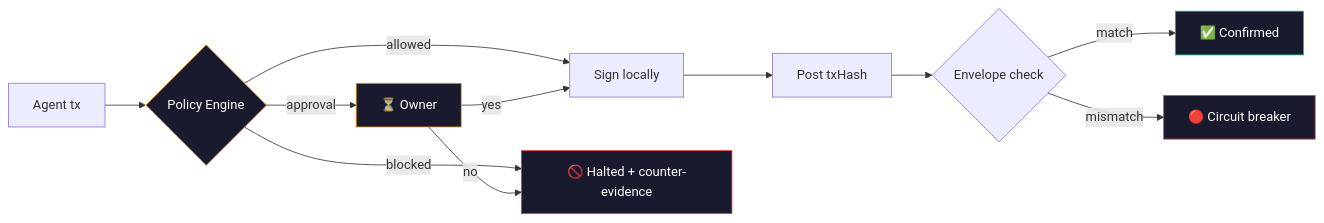
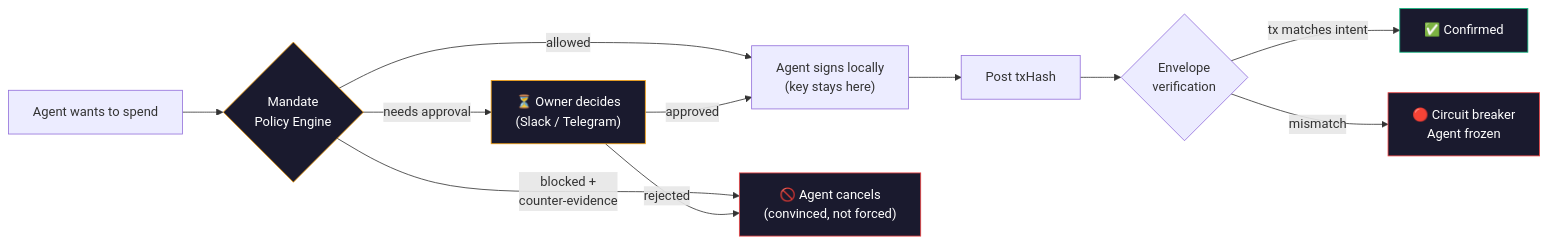
The diagram in README.md (SwiftAdviser/mandate), drawn with Mermaid before and after one commit. The commit also changed other lines of this file, not shown here.

````diff
--- a/README.md
+++ b/README.md
@@ -171,16 +167,18 @@
 ```mermaid
 flowchart LR
-    A[Agent tx] --> B{Policy Engine}
-    B -->|allowed| C[Sign locally] --> D[Post txHash] --> E{Envelope check}
-    B -->|blocked| F["🚫 Halted + counter-evidence"]
-    B -->|approval| G[⏳ Owner] -->|yes| C
-    G -->|no| F
-    E -->|match| H[✅ Confirmed]
-    E -->|mismatch| I[🔴 Circuit breaker]
+    A["Agent wants to spend"] --> B{"Mandate\nPolicy Engine"}
+    B -->|"allowed"| C["Agent signs locally\n(key stays here)"]
+    B -->|"blocked +\ncounter-evidence"| F["🚫 Agent cancels\n(convinced, not forced)"]
+    B -->|"needs approval"| G["⏳ Owner decides\n(Slack / Telegram)"]
+    G -->|approved| C
+    G -->|rejected| F
+    C --> D["Post txHash"] --> E{"Envelope\nverification"}
+    E -->|"tx matches intent"| H["✅ Confirmed"]
+    E -->|"mismatch"| I["🔴 Circuit breaker\nAgent frozen"]
 
     style B fill:#1a1a2e,stroke:#f59e0b,color:#fff
     style F fill:#1a1a2e,stroke:#ef4444,color:#fff
     style G fill:#1a1a2e,stroke:#f59e0b,color:#fff
     style H fill:#1a1a2e,stroke:#10b981,color:#fff
     style I fill:#1a1a2e,stroke:#ef4444,color:#fff
 ```
````
